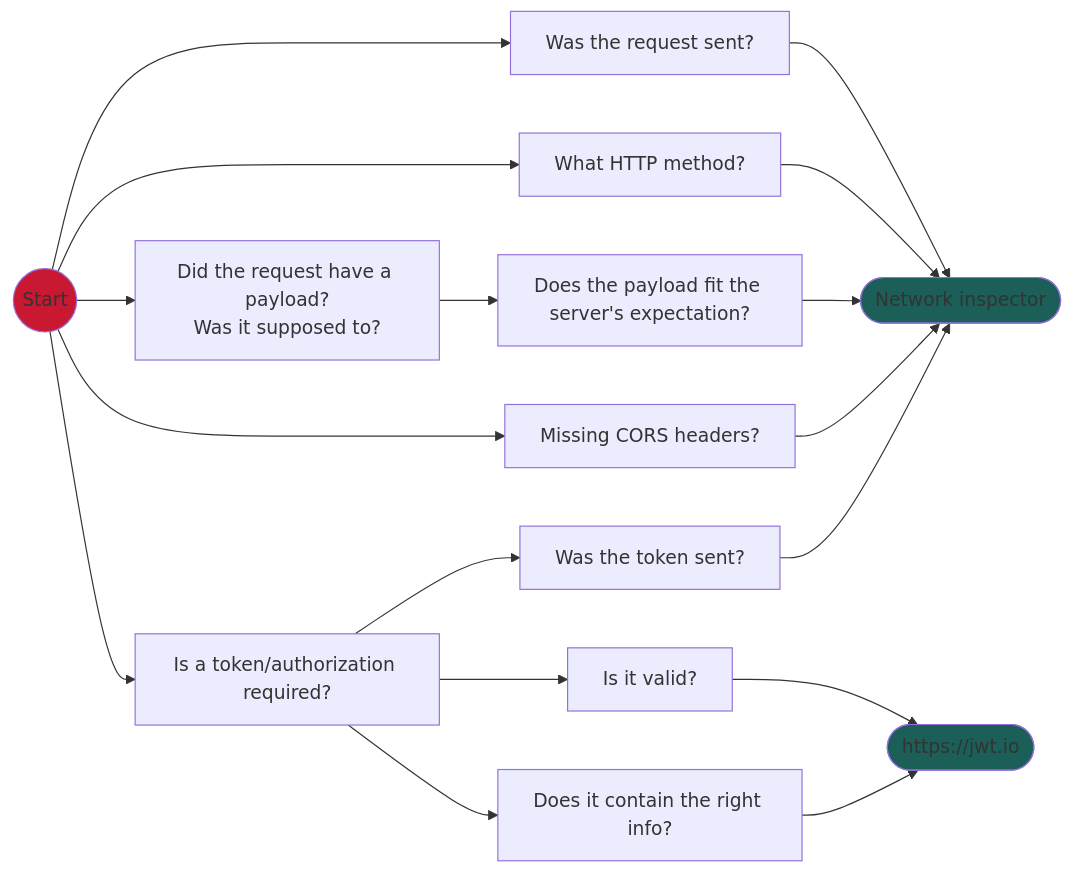
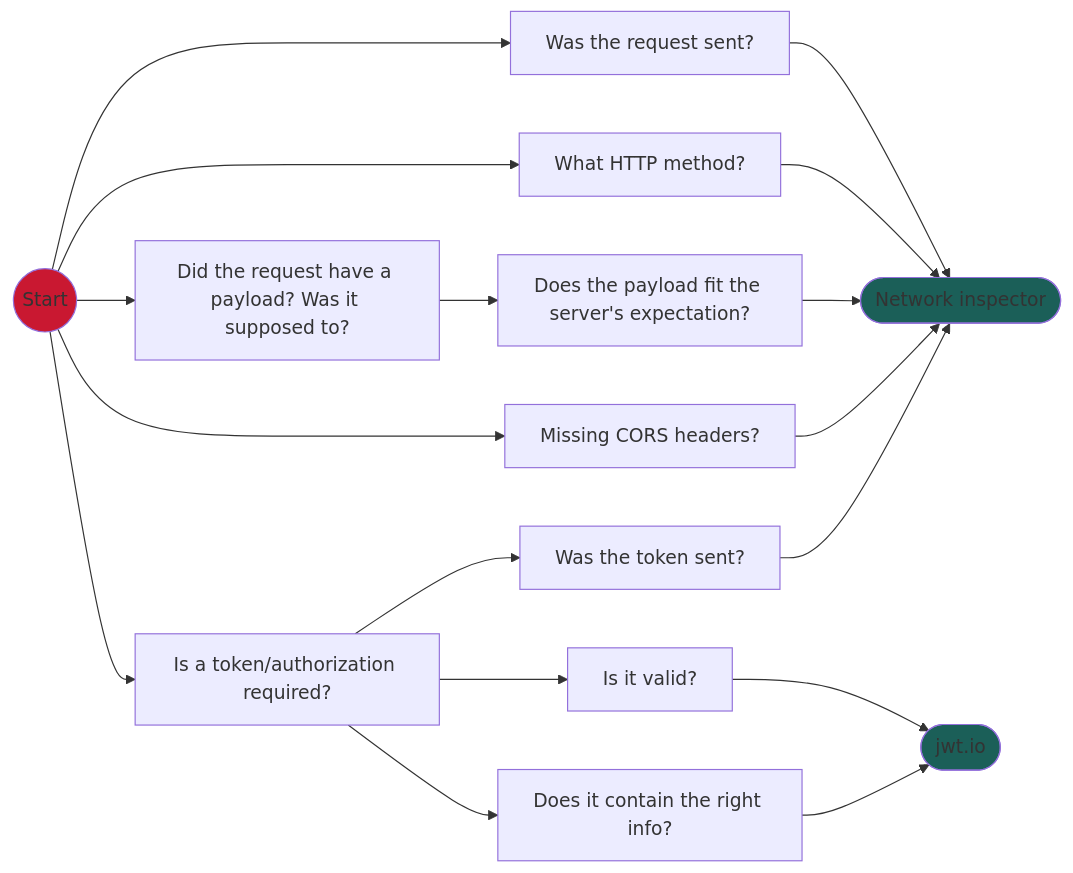
One commit to zspitz/debuggingProcess changed the third of 5 diagrams in README.md. Above: the diagram before and after it, drawn with Mermaid.

````diff
--- a/README.md
+++ b/README.md
@@ -86,24 +86,24 @@
 ```mermaid
 graph LR
 Start((Start)) --> N074[Was the request sent?]
 
 Start --> N075[What HTTP method?]
 
-Start --> N076[Did the request have a payload?\nWas it supposed to?] --> N077[Does the payload fit the server's expectation?]
+Start --> N076[Did the request have a payload? Was it supposed to?] --> N077[Does the payload fit the server's expectation?]
 
 Start --> N078[Missing CORS headers?]
 
 N074 & N075 & N077 & N078 --> N079([Network inspector])
 
 Start --> N080[Is a token/authorization required?] --> N081[Was the token sent?] & N082[Is it valid?] & N083[Does it contain the right info?]
 
 N081 --> N079
 
-N082 & N083 --> N084([https://jwt.io])
+N082 & N083 --> N084([jwt.io])
 
 style Start fill:#c91831
 style N079 fill:#1b5f58
 style N084 fill:#1b5f58
 
 click N084 "https://jwt.io"
 ```
````
